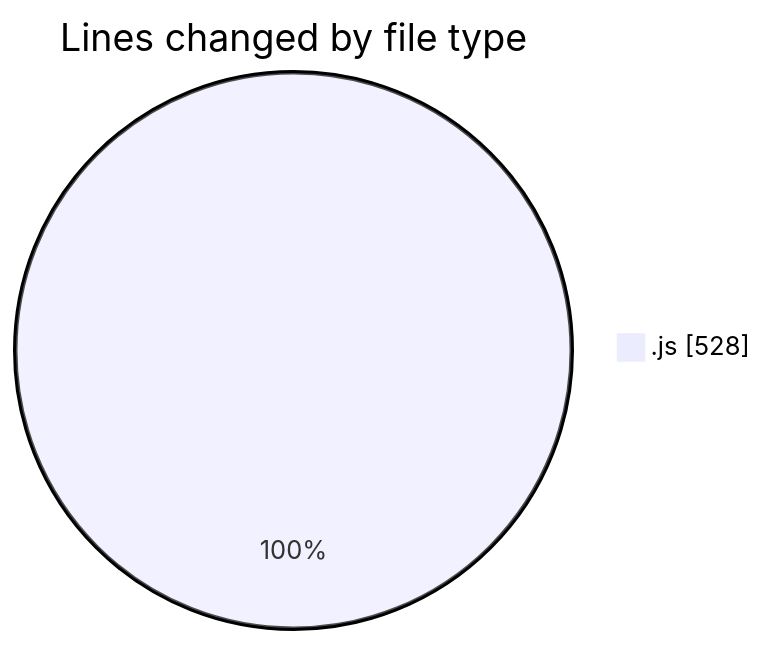
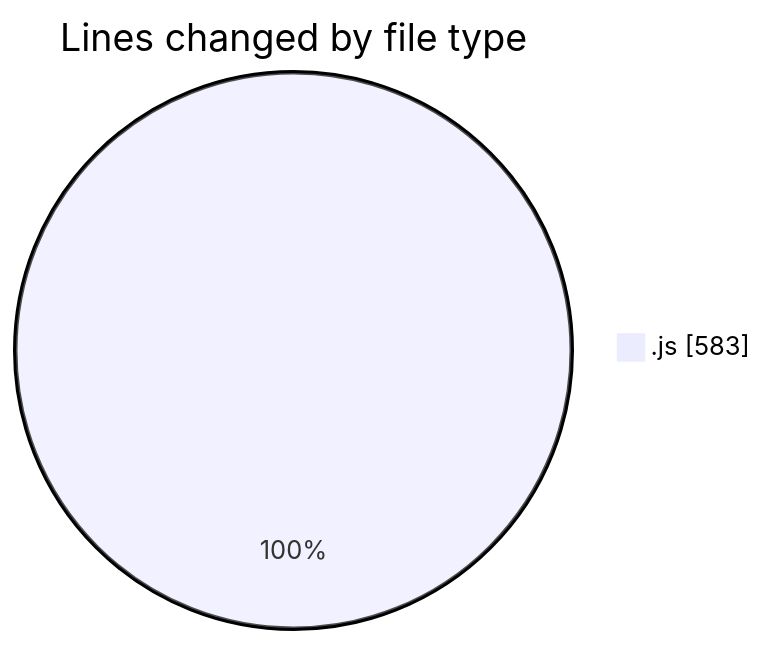
Before and after one commit to 3Nya3/code-tracking: the first of 2 diagrams in 2025-01-01/downloads/README.md, drawn with Mermaid. The commit also changed other lines of this file and 1 other file, not shown here.

````diff
--- a/2025-01-01/downloads/README.md
+++ b/2025-01-01/downloads/README.md
@@ -20,5 +20,5 @@
 ```mermaid
 pie showData
 title Lines changed by file type
-".js" : 528
+".js" : 583
 ```
````
